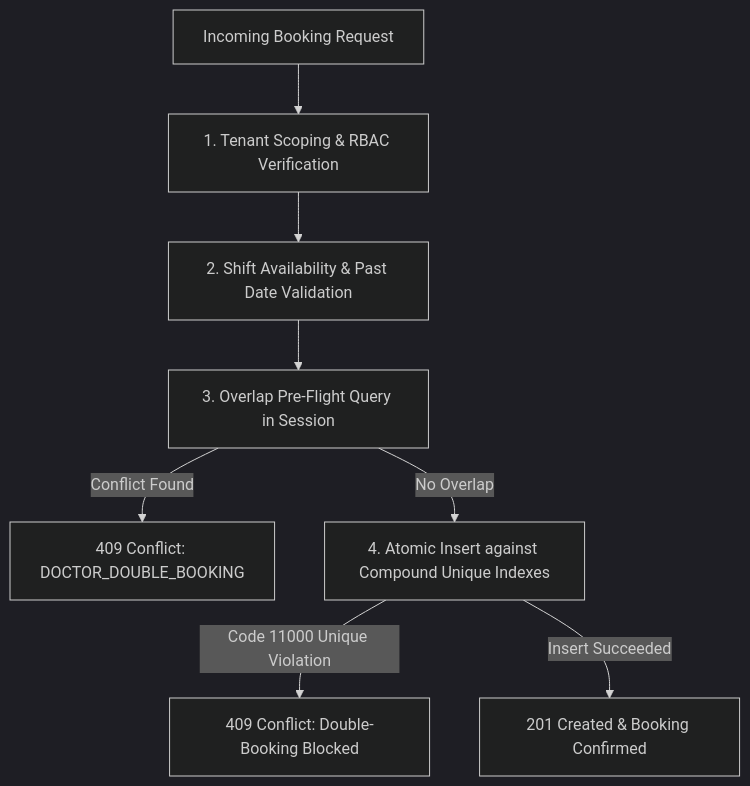
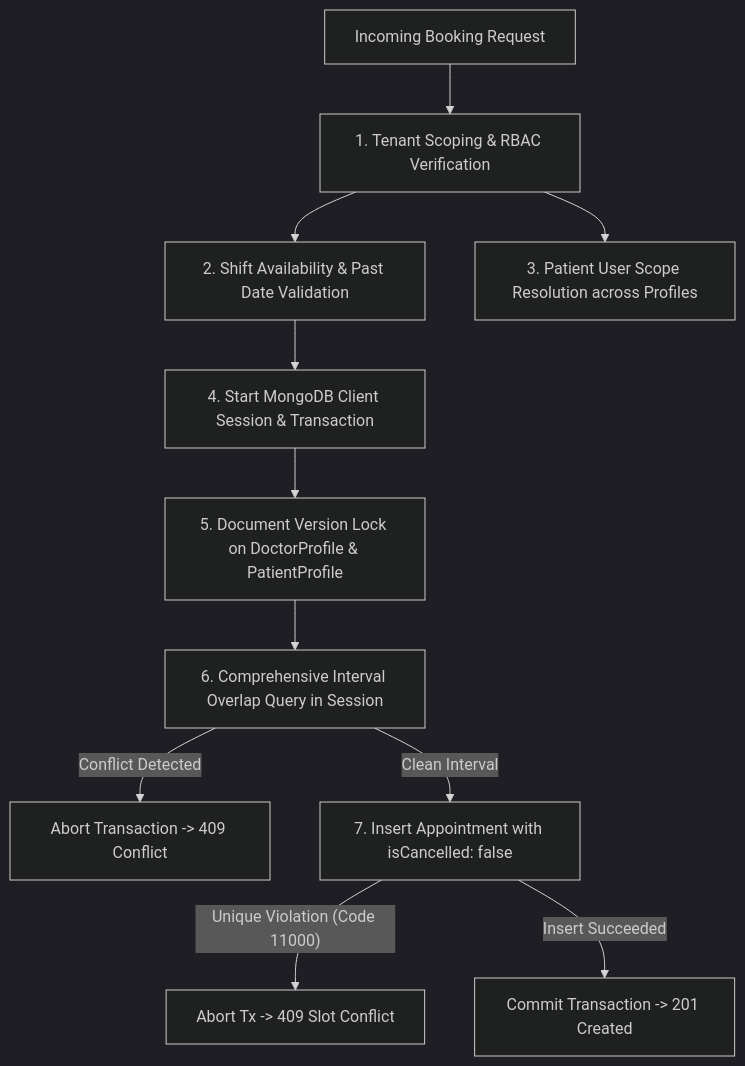
The diagram in docs/architecture/APPOINTMENT_CONCURRENCY.md (balavishwanath10/MedcoreHMS), drawn with Mermaid (dark theme) before and after one commit. The commit also changed other lines of this file and 18 other files, not shown here.

````diff
--- a/docs/architecture/APPOINTMENT_CONCURRENCY.md
+++ b/docs/architecture/APPOINTMENT_CONCURRENCY.md
@@ -30,10 +30,13 @@
 ```mermaid
 flowchart TD
     Req[Incoming Booking Request] --> AuthCheck[1. Tenant Scoping & RBAC Verification]
     AuthCheck --> ScheduleCheck[2. Shift Availability & Past Date Validation]
-    ScheduleCheck --> IntervalQuery[3. Overlap Pre-Flight Query in Session]
-    IntervalQuery -- Conflict Found --> ConflictErr[409 Conflict: DOCTOR_DOUBLE_BOOKING]
-    IntervalQuery -- No Overlap --> MongoInsert[4. Atomic Insert against Compound Unique Indexes]
-    MongoInsert -- Code 11000 Unique Violation --> IndexConflict[409 Conflict: Double-Booking Blocked]
-    MongoInsert -- Insert Succeeded --> Commit[201 Created & Booking Confirmed]
+    AuthCheck --> ScopeCheck[3. Patient User Scope Resolution across Profiles]
+    ScheduleCheck --> TxBegin[4. Start MongoDB Client Session & Transaction]
+    TxBegin --> DocLock[5. Document Version Lock on DoctorProfile & PatientProfile]
+    DocLock --> IntervalQuery[6. Comprehensive Interval Overlap Query in Session]
+    IntervalQuery -- Conflict Detected --> AbortTx[Abort Transaction -> 409 Conflict]
+    IntervalQuery -- Clean Interval --> MongoInsert[7. Insert Appointment with isCancelled: false]
+    MongoInsert -- Unique Violation (Code 11000) --> Trap11000[Abort Tx -> 409 Slot Conflict]
+    MongoInsert -- Insert Succeeded --> CommitTx[Commit Transaction -> 201 Created]
 ```
````
